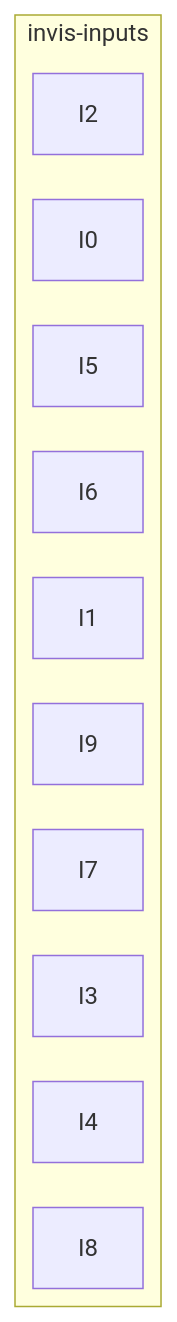
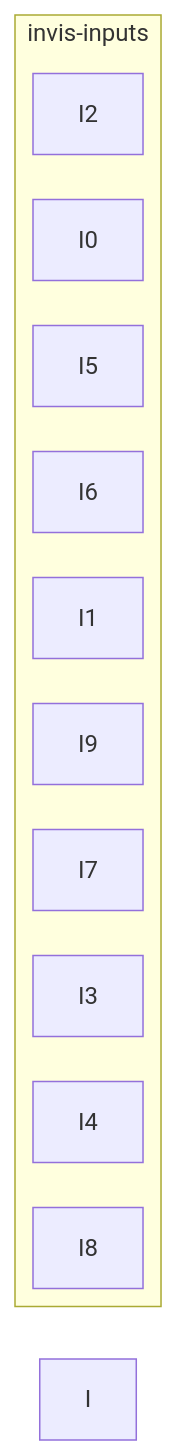
The third of 3 diagrams in CSDS 281 - Logic Design/HW/7/tables.md (tnichols217/notes), drawn with Mermaid before and after one commit.

Commit message:
vault backup: 2024-03-27 11:44:14

````diff
--- a/CSDS 281 - Logic Design/HW/7/tables.md
+++ b/CSDS 281 - Logic Design/HW/7/tables.md
@@ -111,17 +111,19 @@
 ```mermaid
 %%{ init: { 'flowchart': { 'curve': 'stepBefore', "defaultRenderer": "elk" } } }%%
 flowchart LR
 subgraph invis-inputs
 I0
 I1
 I2
 I3
 I4
 I5
 I6
 I7
 I8
 I9
 end
 
+I1 & I3 & I5 & I 
+
 ```
````
